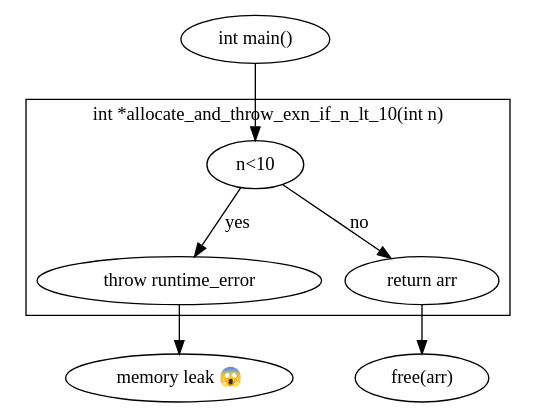
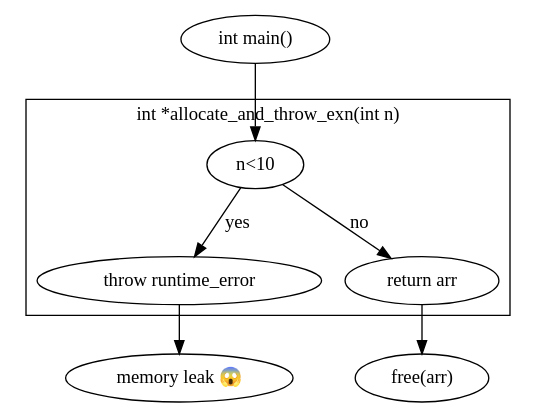
One commit to dipeshkaphle/hackertalk-mem-management changed the diagram in mem_management_leak_scenario1.dot. Above: the diagram before and after it, drawn with Graphviz. The commit also changed 21 other files, not shown here.

```diff
--- a/mem_management_leak_scenario1.dot
+++ b/mem_management_leak_scenario1.dot
@@ -1,16 +1,16 @@
 digraph {
     main[label="int main()"]
     subgraph cluster_allocate_and_throw_exn_if_n_lt_10{
-        label = "int *allocate_and_throw_exn_if_n_lt_10(int n)"
+        label = "int *allocate_and_throw_exn(int n)"
         condition[label="n<10"]
         runtime_error[label="throw runtime_error"]
         ret[label="return arr"]
         condition -> runtime_error[label="yes"]
         condition ->  ret[label="no"]
     }
     free[label="free(arr)"]
     leak[label="memory leak 😱"]
     main ->  condition
     ret -> free
     runtime_error -> leak
 }
```
